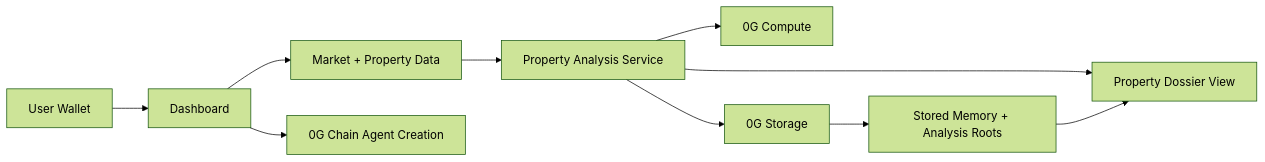
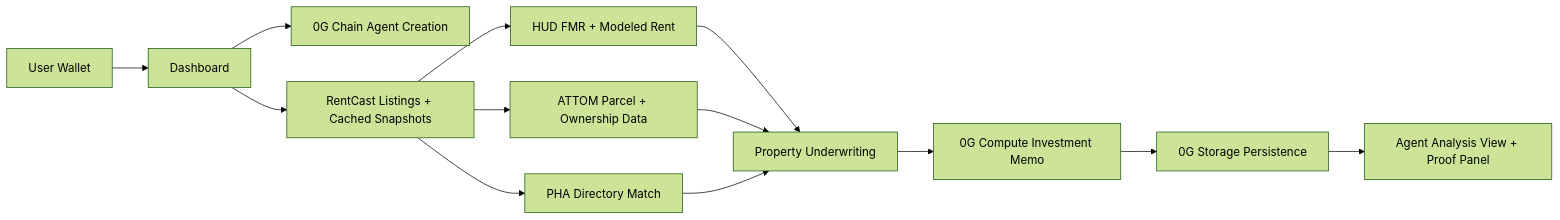
Before and after one commit to Kosaiyno/Sect8: the diagram in README.md, drawn with Mermaid (forest theme). The commit also changed other lines of this file and 7 other files, not shown here.

Commit message:
Add live 0G proof panel and refresh README

````diff
--- a/README.md
+++ b/README.md
@@ -31,12 +35,15 @@
 ```mermaid
 flowchart LR
 	U[User Wallet] --> D[Dashboard]
-	D --> M[Market + Property Data]
 	D --> C[0G Chain Agent Creation]
-	M --> A[Property Analysis Service]
-	A --> G[0G Compute]
-	A --> S[0G Storage]
-	S --> P[Stored Memory + Analysis Roots]
-	A --> V[Property Dossier View]
-	P --> V
+	D --> L[RentCast Listings + Cached Snapshots]
+	L --> H[HUD FMR + Modeled Rent]
+	L --> A[ATTOM Parcel + Ownership Data]
+	L --> P[PHA Directory Match]
+	H --> X[Property Underwriting]
+	A --> X
+	P --> X
+	X --> G[0G Compute Investment Memo]
+	G --> S[0G Storage Persistence]
+	S --> V[Agent Analysis View + Proof Panel]
 ```
````
